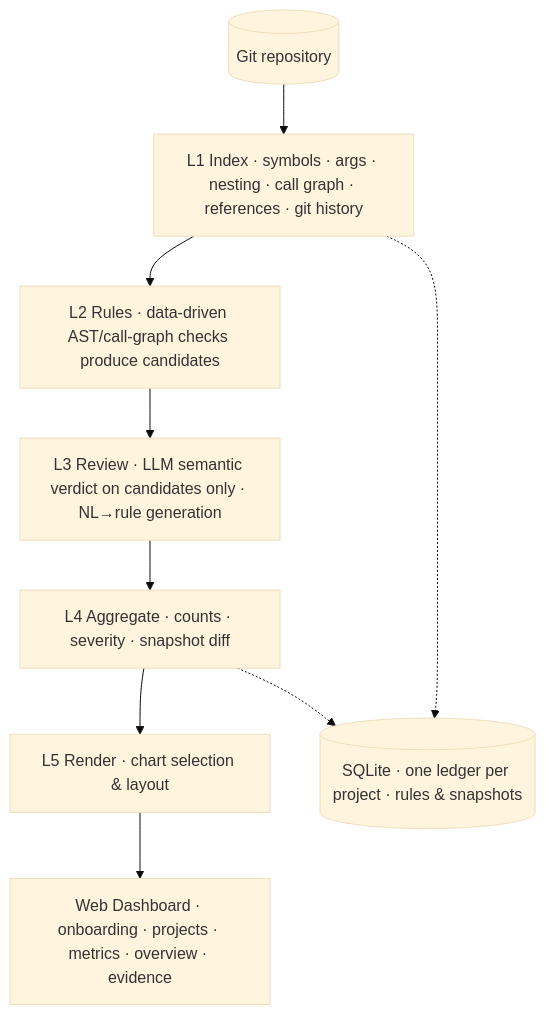
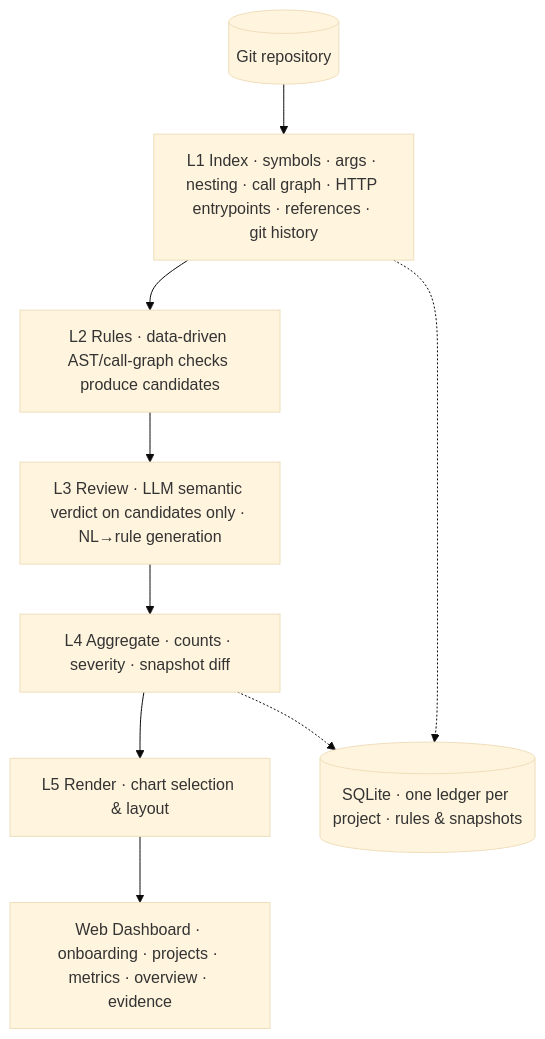
The diagram in README.en.md (taoyongpan/Debtscope), drawn with Mermaid (base theme) before and after one commit. The commit also changed other lines of this file and 23 other files, not shown here.

````diff
--- a/README.en.md
+++ b/README.en.md
@@ -80,14 +94,14 @@
 ```mermaid
 flowchart TB
     UI["Web Dashboard · onboarding · projects · metrics · overview · evidence"]
     L5["L5 Render · chart selection & layout"]
     L4["L4 Aggregate · counts · severity · snapshot diff"]
     L3["L3 Review · LLM semantic verdict on candidates only · NL→rule generation"]
     L2["L2 Rules · data-driven AST/call-graph checks produce candidates"]
-    L1["L1 Index · symbols · args · nesting · call graph · references · git history"]
+    L1["L1 Index · symbols · args · nesting · call graph · HTTP entrypoints · references · git history"]
     REPO[("Git repository")]
     REPO --> L1 --> L2 --> L3 --> L4 --> L5 --> UI
     DB[("SQLite · one ledger per project · rules & snapshots")]
     L1 -.-> DB
     L4 -.-> DB
 ```
````
